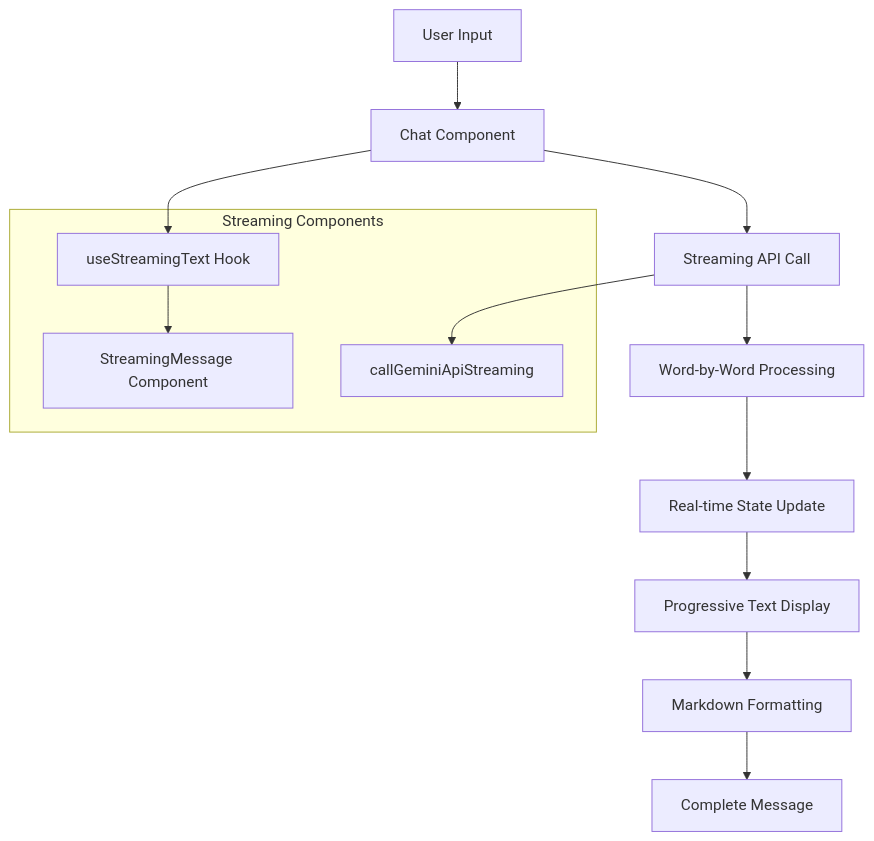
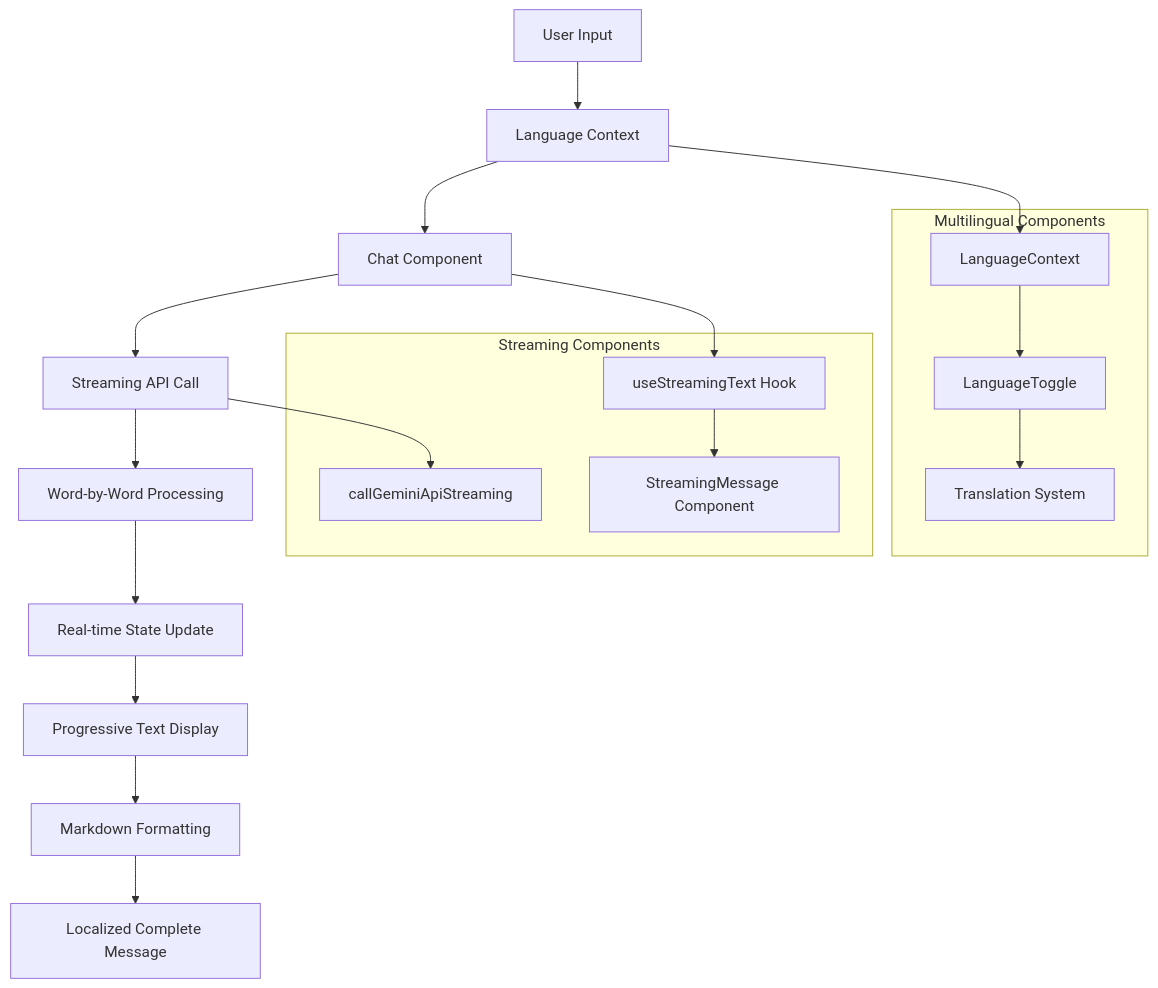
Before and after one commit to YoussoufHard/Dual_AI_Advisor: the first of 3 diagrams in README.md, drawn with Mermaid. The commit also changed other lines of this file and 6 other files, not shown here.

````diff
--- a/README.md
+++ b/README.md
@@ -22,20 +34,30 @@
 ```mermaid
 graph TD
-    A[User Input] --> B[Chat Component]
-    B --> C[Streaming API Call]
-    C --> D[Word-by-Word Processing]
-    D --> E[Real-time State Update]
-    E --> F[Progressive Text Display]
-    F --> G[Markdown Formatting]
-    G --> H[Complete Message]
+    A[User Input] --> B[Language Context]
+    B --> C[Chat Component]
+    C --> D[Streaming API Call]
+    D --> E[Word-by-Word Processing]
+    E --> F[Real-time State Update]
+    F --> G[Progressive Text Display]
+    G --> H[Markdown Formatting]
+    H --> I[Localized Complete Message]
+    
+    subgraph "Multilingual Components"
+        J[LanguageContext]
+        K[LanguageToggle]
+        L[Translation System]
+    end
     
     subgraph "Streaming Components"
-        I[useStreamingText Hook]
-        J[StreamingMessage Component]
-        K[callGeminiApiStreaming]
+        M[useStreamingText Hook]
+        N[StreamingMessage Component]
+        O[callGeminiApiStreaming]
     end
     
-    B --> I
-    I --> J
-    C --> K
+    B --> J
+    J --> K
+    K --> L
+    C --> M
+    M --> N
+    D --> O
 ```
````
